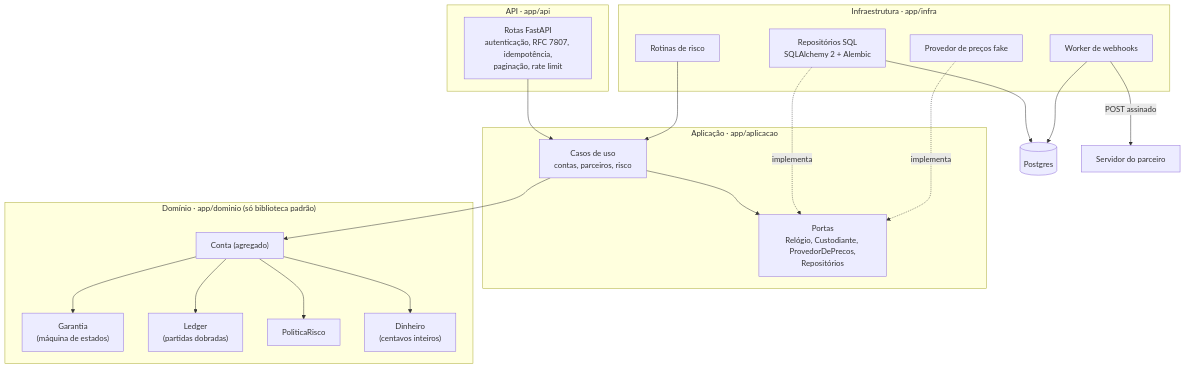
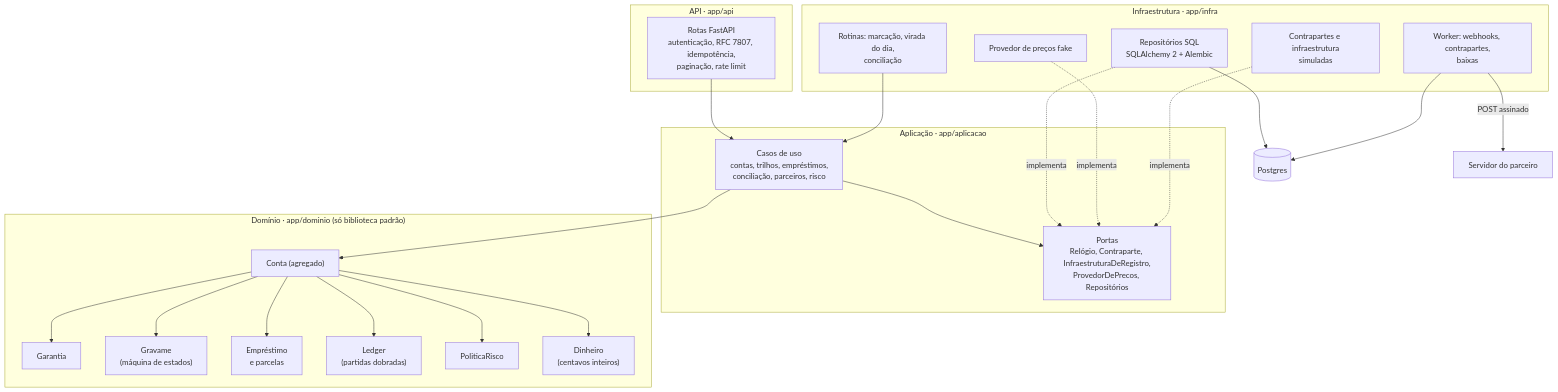
One commit to EnzoRenato16/limite-garantido-api changed the second of 13 diagrams in docs/arquitetura.md. Above: the diagram before and after it, drawn with Mermaid. The commit also changed other lines of this file and 23 other files, not shown here.

````diff
--- a/docs/arquitetura.md
+++ b/docs/arquitetura.md
@@ -9,36 +50,40 @@
 ```mermaid
 flowchart TB
     subgraph API["API · app/api"]
         rotas["Rotas FastAPI<br/>autenticação, RFC 7807, idempotência,<br/>paginação, rate limit"]
     end
     subgraph APLICACAO["Aplicação · app/aplicacao"]
-        casos["Casos de uso<br/>contas, parceiros, risco"]
-        portas["Portas<br/>Relógio, Custodiante, ProvedorDePrecos,<br/>Repositórios"]
+        casos["Casos de uso<br/>contas, trilhos, empréstimos,<br/>conciliação, parceiros, risco"]
+        portas["Portas<br/>Relógio, Contraparte, InfraestruturaDeRegistro,<br/>ProvedorDePrecos, Repositórios"]
     end
     subgraph DOMINIO["Domínio · app/dominio (só biblioteca padrão)"]
         conta["Conta (agregado)"]
-        garantia["Garantia<br/>(máquina de estados)"]
+        garantia["Garantia"]
+        gravame["Gravame<br/>(máquina de estados)"]
+        emprestimo["Empréstimo<br/>e parcelas"]
         ledger["Ledger<br/>(partidas dobradas)"]
         politica["PoliticaRisco"]
         dinheiro["Dinheiro<br/>(centavos inteiros)"]
     end
     subgraph INFRA["Infraestrutura · app/infra"]
         sql["Repositórios SQL<br/>SQLAlchemy 2 + Alembic"]
-        worker["Worker de webhooks"]
-        rotinas["Rotinas de risco"]
+        worker["Worker: webhooks, contrapartes,<br/>baixas"]
+        rotinas["Rotinas: marcação, virada do dia,<br/>conciliação"]
+        simulados["Contrapartes e infraestrutura<br/>simuladas"]
         precos["Provedor de preços fake"]
     end
     BD[("Postgres")]
     PARCEIRO["Servidor do parceiro"]
 
     rotas --> casos
     casos --> conta
     casos --> portas
-    conta --> garantia & ledger & politica & dinheiro
+    conta --> garantia & gravame & emprestimo & ledger & politica & dinheiro
     sql -. implementa .-> portas
     precos -. implementa .-> portas
+    simulados -. implementa .-> portas
     sql --> BD
     worker --> BD
     rotinas --> casos
     worker -- "POST assinado" --> PARCEIRO
 ```
````
